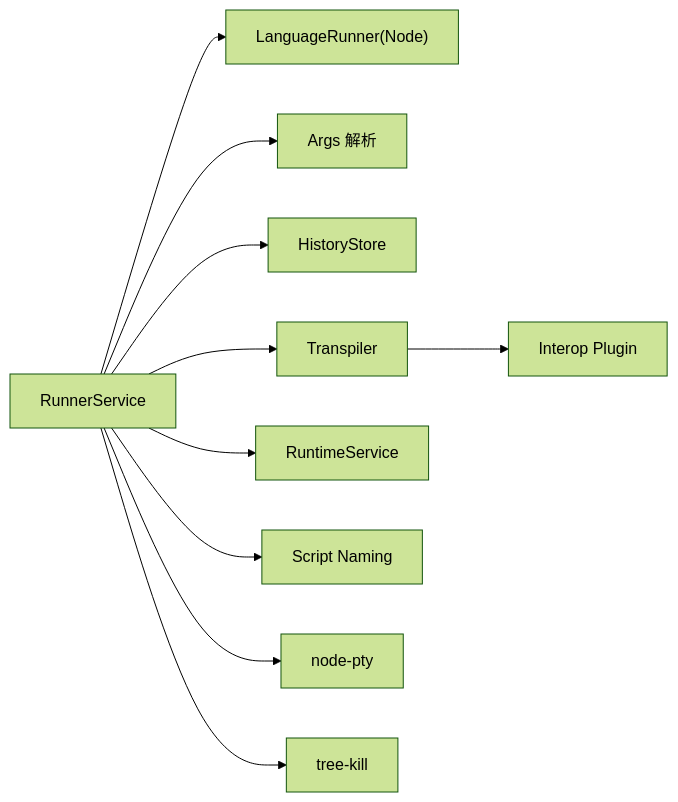
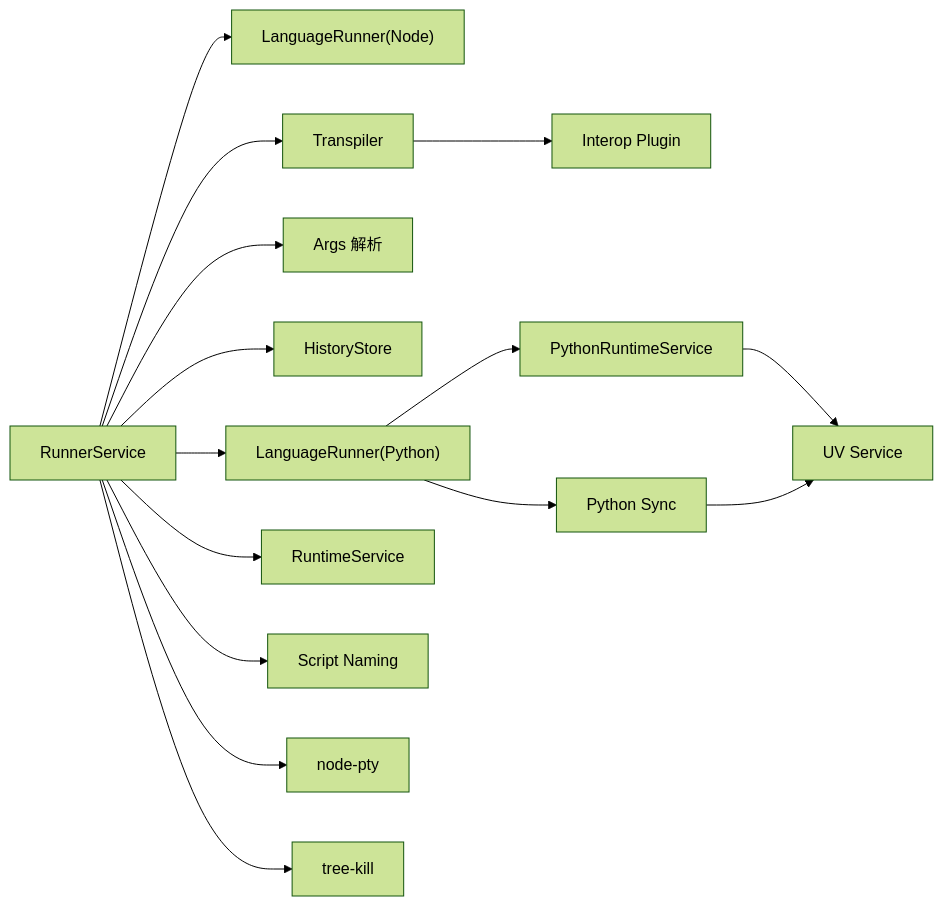
Before and after one commit to hozeeee/script-box: the sixth of 6 diagrams in .qoder/repowiki/zh/content/架构设计/服务层架构/Runner 服务（脚本运行器）/Runner 服务（脚本运行器）.md, drawn with Mermaid (forest theme). The commit also changed other lines of this file and 6 other files, not shown here.

First line of the commit message:
feat(runtime): 支持多运行时管理，新增 Python 运行时支持

````diff
--- a/.qoder/repowiki/zh/content/架构设计/服务层架构/Runner 服务（脚本运行器）/Runner 服务（脚本运行器）.md
+++ b/.qoder/repowiki/zh/content/架构设计/服务层架构/Runner 服务（脚本运行器）/Runner 服务（脚本运行器）.md
@@ -316,12 +402,17 @@
 ```mermaid
 graph LR
 RS["RunnerService"] --> LRN["LanguageRunner(Node)"]
+RS --> LRP["LanguageRunner(Python)"]
 RS --> ARG["Args 解析"]
 RS --> HIS["HistoryStore"]
 RS --> TRP["Transpiler"]
 TRP --> ITP["Interop Plugin"]
 RS --> RTS["RuntimeService"]
 RS --> SCR["Script Naming"]
 RS --> PTY["node-pty"]
 RS --> TK["tree-kill"]
+LRP --> PYR["PythonRuntimeService"]
+LRP --> PYS["Python Sync"]
+PYR --> UV["UV Service"]
+PYS --> UV
 ```
````
